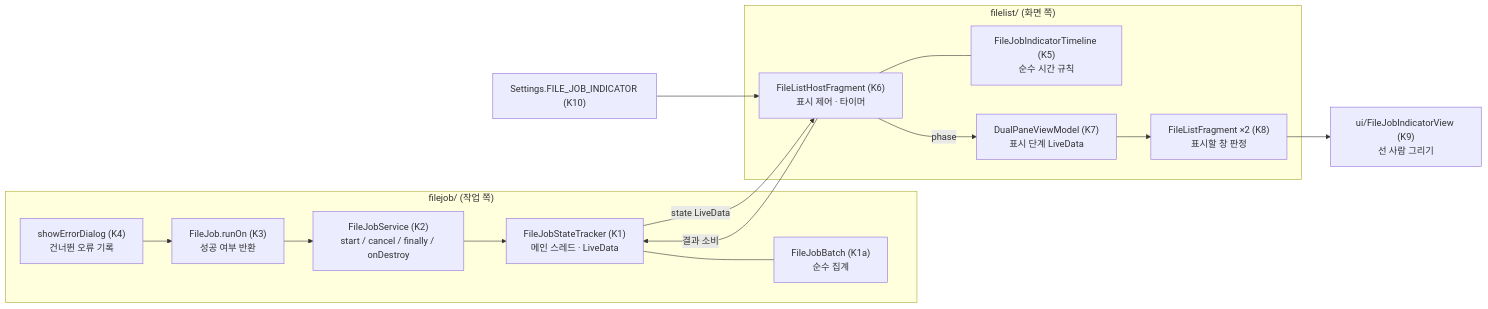
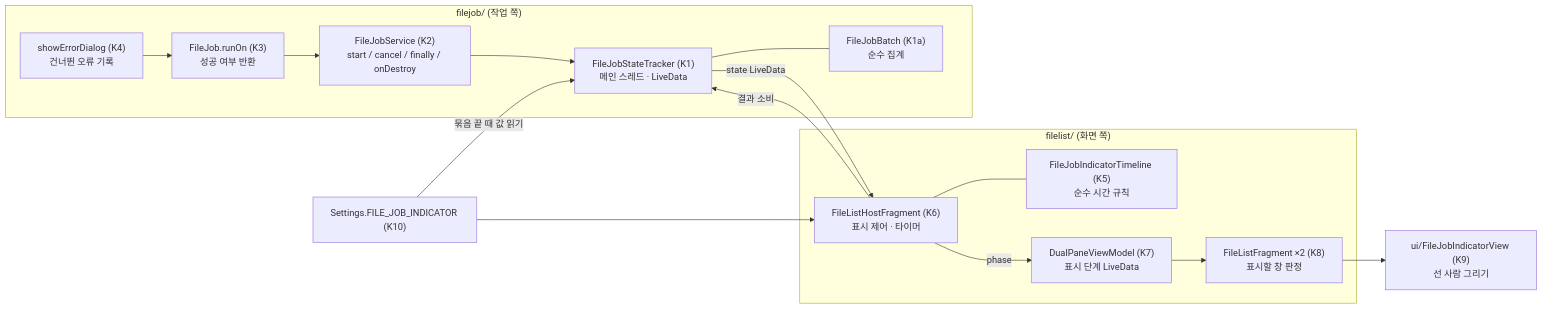
The diagram in docs/design/30-job-runner/HLD.md (curtana/MaterialFiles), drawn with Mermaid before and after one commit. The commit also changed other lines of this file and 1 other file, not shown here.

````diff
--- a/docs/design/30-job-runner/HLD.md
+++ b/docs/design/30-job-runner/HLD.md
@@ -19,25 +19,26 @@
 ```mermaid
 flowchart LR
   subgraph filejob["filejob/ (작업 쪽)"]
     S["FileJobService (K2)\nstart / cancel / finally / onDestroy"]
     J["FileJob.runOn (K3)\n성공 여부 반환"]
     E["showErrorDialog (K4)\n건너뛴 오류 기록"]
     T["FileJobStateTracker (K1)\n메인 스레드 · LiveData"]
     B["FileJobBatch (K1a)\n순수 집계"]
   end
   subgraph filelist["filelist/ (화면 쪽)"]
     H["FileListHostFragment (K6)\n표시 제어 · 타이머"]
     L["FileJobIndicatorTimeline (K5)\n순수 시간 규칙"]
     VM["DualPaneViewModel (K7)\n표시 단계 LiveData"]
     P["FileListFragment ×2 (K8)\n표시할 창 판정"]
   end
   V["ui/FileJobIndicatorView (K9)\n선 사람 그리기"]
   SET["Settings.FILE_JOB_INDICATOR (K10)"]
   E --> J --> S --> T
   T --- B
   T -- "state LiveData" --> H
   SET --> H
+  SET -- "묶음 끝 때 값 읽기" --> T
   H --- L
   H -- "phase" --> VM --> P --> V
   H -- "결과 소비" --> T
 ```
````
